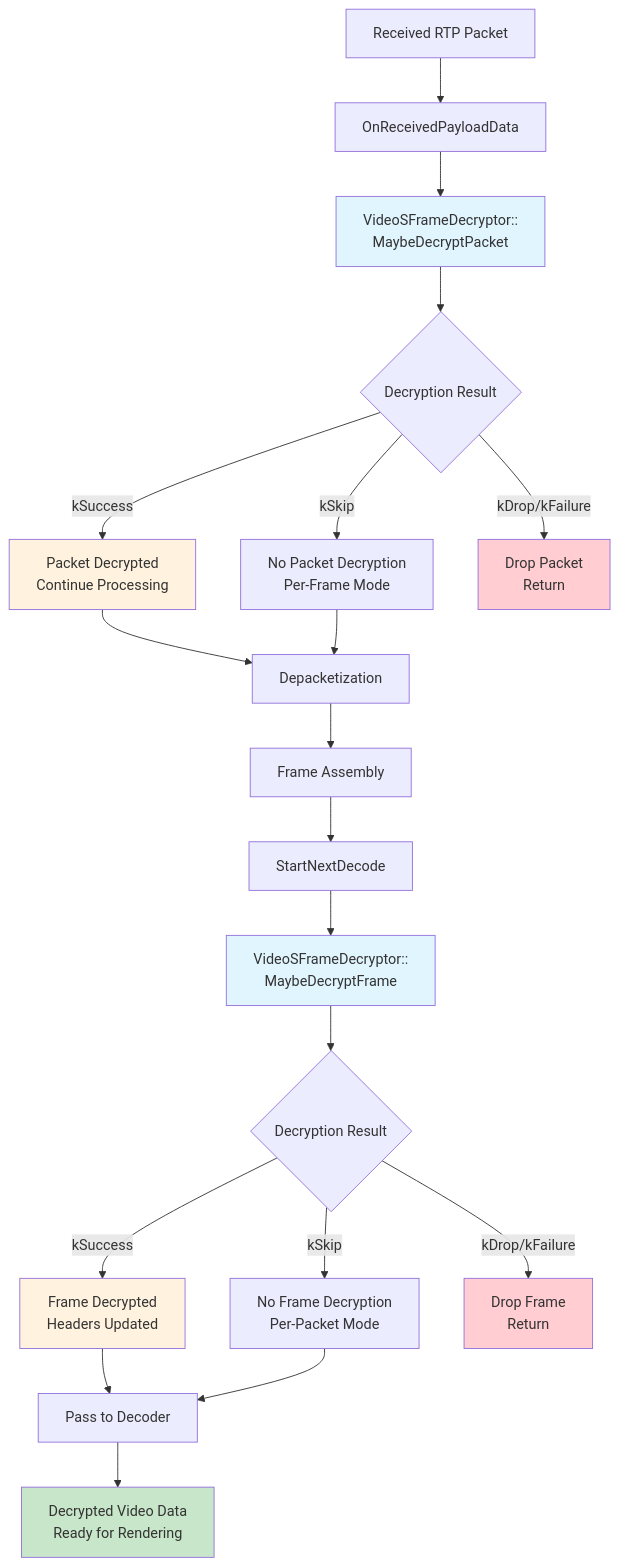
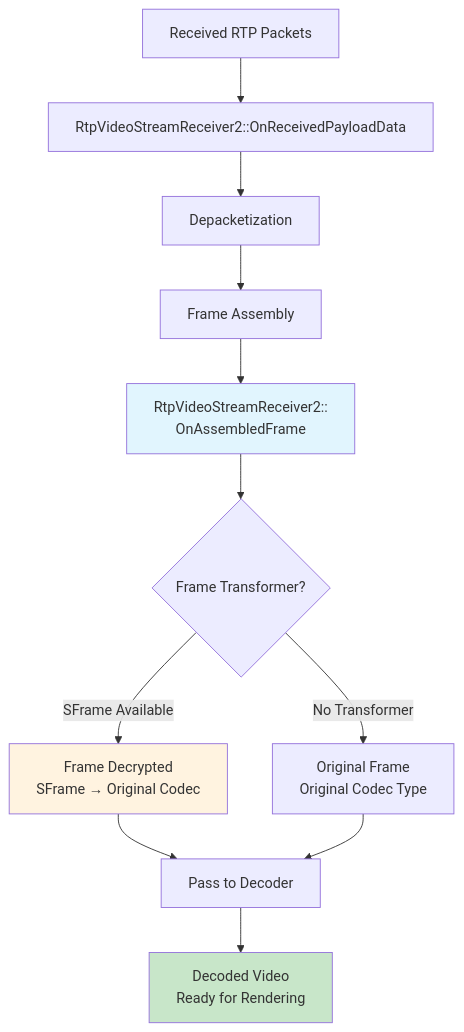
Before and after one commit to webex/webrtc-sframe: the second of 2 diagrams in video-receiver.md, drawn with Mermaid. The commit also changed other lines of this file and 5 other files, not shown here.

````diff
--- a/video-receiver.md
+++ b/video-receiver.md
@@ -455,40 +142,24 @@
 ```mermaid
 flowchart TD
-    A[Received RTP Packet] --> B[OnReceivedPayloadData]
+    A[Received RTP Packets] --> B[RtpVideoStreamReceiver2::OnReceivedPayloadData]
+
+    B --> C[Depacketization]
     
-    B --> C[VideoSFrameDecryptor::<br/>MaybeDecryptPacket]
+    C --> D[Frame Assembly]
     
-    C --> C1{Decryption Result}
+    D --> E[RtpVideoStreamReceiver2::<br/>OnAssembledFrame]
     
-    C1 -->|kSuccess| D[Packet Decrypted<br/>Continue Processing]
-    C1 -->|kSkip| E[No Packet Decryption<br/>Per-Frame Mode]
-    C1 -->|kDrop/kFailure| Z[Drop Packet<br/>Return]
+    E --> F{Frame Transformer?}
     
-    D --> F[Depacketization]
-    E --> F
+    F -->|SFrame Available| G[Frame Decrypted<br/>SFrame → Original Codec]
+    F -->|No Transformer| H[Original Frame<br/>Original Codec Type]
     
-    F --> G[Frame Assembly]
+    G --> I[Pass to Decoder]
+    H --> I
     
-    G --> H[StartNextDecode]
+    I --> J[Decoded Video<br/>Ready for Rendering]
     
-    H --> I[VideoSFrameDecryptor::<br/>MaybeDecryptFrame]
-    
-    I --> I1{Decryption Result}
-    
-    I1 -->|kSuccess| J[Frame Decrypted<br/>Headers Updated]
-    I1 -->|kSkip| K[No Frame Decryption<br/>Per-Packet Mode]
-    I1 -->|kDrop/kFailure| Z1[Drop Frame<br/>Return]
-    
-    J --> L[Pass to Decoder]
-    K --> L
-    
-    L --> M[Decrypted Video Data<br/>Ready for Rendering]
-    
-    style C fill:#e1f5fe
-    style D fill:#fff3e0
-    style I fill:#e1f5fe
-    style J fill:#fff3e0
-    style M fill:#c8e6c9
-    style Z fill:#ffcdd2
-    style Z1 fill:#ffcdd2
+    style E fill:#e1f5fe
+    style G fill:#fff3e0
+    style J fill:#c8e6c9
 ```
````
